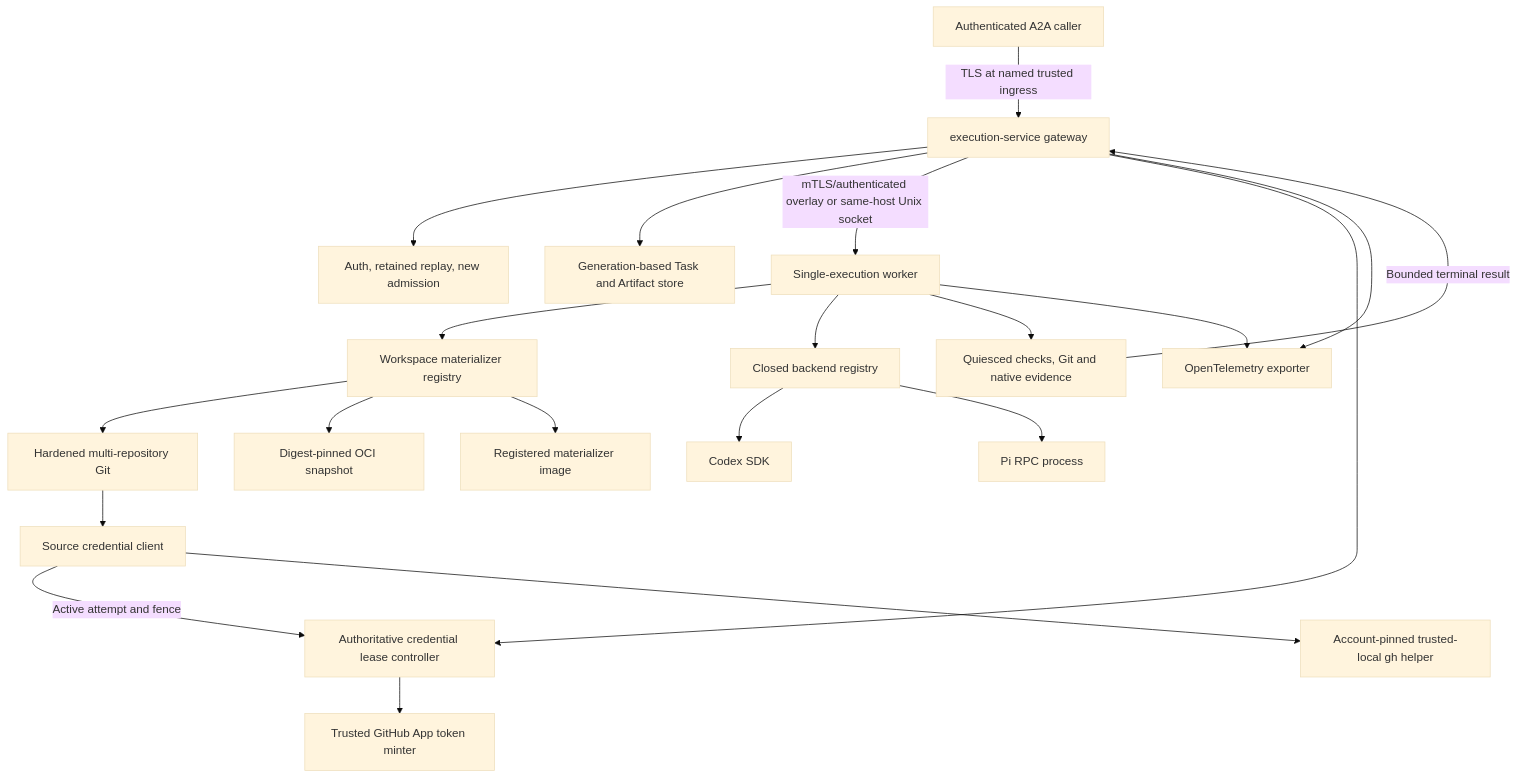
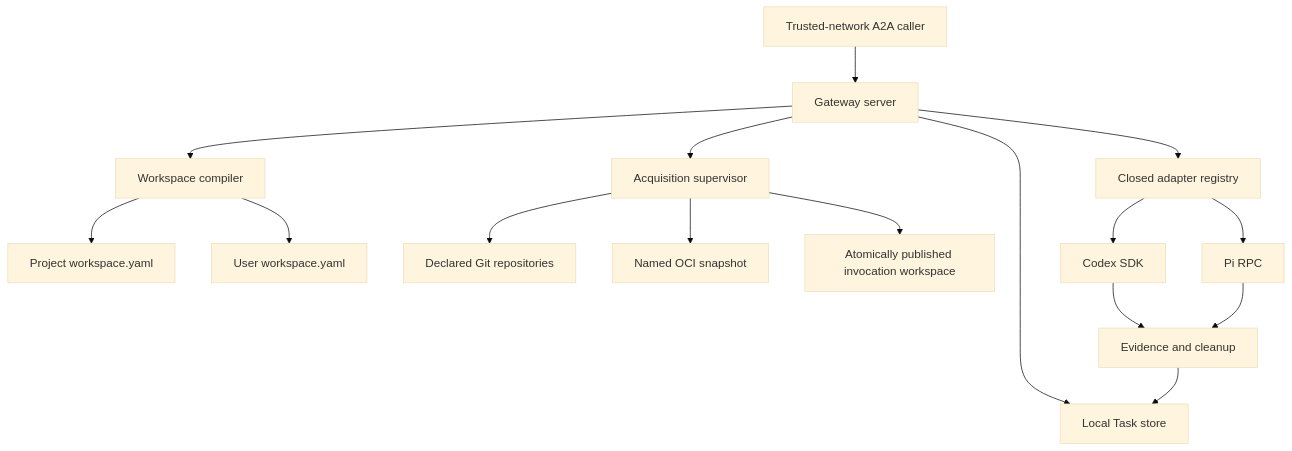
One commit to EntityProcess/allagents changed the diagram in docs/plans/2026-09-18-0837-feat-coding-execution-gateway-plan.md. Above: the diagram before and after it, drawn with Mermaid (base theme). The commit also changed other lines of this file and 4 other files, not shown here.

Commit message:
docs(architecture): simplify execution gateway deployment

````diff
--- a/docs/plans/2026-09-18-0837-feat-coding-execution-gateway-plan.md
+++ b/docs/plans/2026-09-18-0837-feat-coding-execution-gateway-plan.md
@@ -547,23 +623,18 @@
 ```mermaid
 flowchart TB
-  Caller[Authenticated A2A caller] -->|TLS at named trusted ingress| Gateway[execution-service gateway]
-  Gateway --> Auth[Auth, retained replay, new admission]
-  Gateway --> Store[Generation-based Task and Artifact store]
-  Gateway -->|mTLS/authenticated overlay or same-host Unix socket| Worker[Single-execution worker]
-  Gateway --> LeaseController[Authoritative credential lease controller]
-  LeaseController --> AppMinter[Trusted GitHub App token minter]
-  Worker --> Materialization[Workspace materializer registry]
-  Materialization --> Git[Hardened multi-repository Git]
-  Git --> SourceCredentials[Source credential client]
-  SourceCredentials -->|Active attempt and fence| LeaseController
-  SourceCredentials --> GitHubCLI[Account-pinned trusted-local gh helper]
-  Materialization --> OCI[Digest-pinned OCI snapshot]
-  Materialization --> Custom[Registered materializer image]
-  Worker --> Registry[Closed backend registry]
-  Registry --> Codex[Codex SDK]
-  Registry --> Pi[Pi RPC process]
-  Worker --> Evidence[Quiesced checks, Git and native evidence]
-  Evidence -->|Bounded terminal result| Gateway
-  Gateway --> Telemetry[OpenTelemetry exporter]
-  Worker --> Telemetry
+  C[Trusted-network A2A caller] --> G[Gateway server]
+  G --> S[Local Task store]
+  G --> W[Workspace compiler]
+  W --> PW[Project workspace.yaml]
+  W --> UW[User workspace.yaml]
+  G --> A[Acquisition supervisor]
+  A --> Git[Declared Git repositories]
+  A --> OCI[Named OCI snapshot]
+  A --> P[Atomically published invocation workspace]
+  G --> R[Closed adapter registry]
+  R --> Codex[Codex SDK]
+  R --> Pi[Pi RPC]
+  Codex --> E[Evidence and cleanup]
+  Pi --> E
+  E --> S
 ```
````
